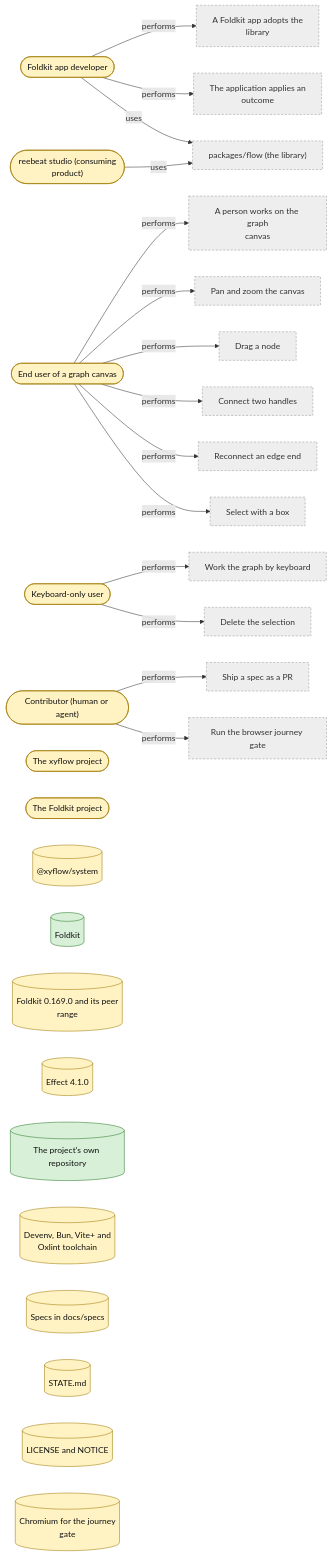
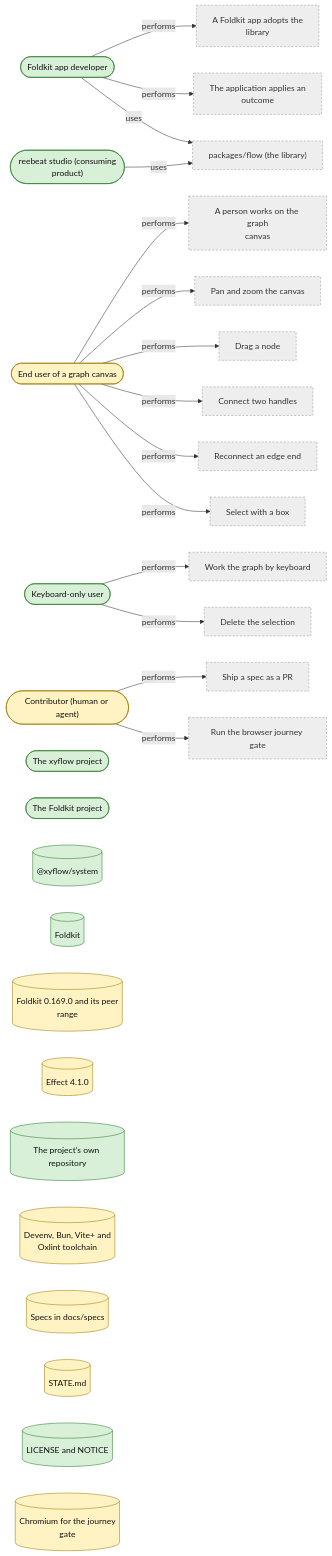
Before and after one commit to reebeat/.github: the fourth of 4 diagrams in docs/actors-and-resources.md, drawn with Mermaid. The commit also changed other lines of this file and 35 other files, not shown here.

````diff
--- a/docs/actors-and-resources.md
+++ b/docs/actors-and-resources.md
@@ -296,51 +296,51 @@
 ```mermaid
 flowchart LR
     classDef decided fill:#d8f0d8,stroke:#2d7a2d,color:#111
     classDef proposed fill:#fff3c4,stroke:#a07800,color:#111
     classDef open fill:#f8d7d7,stroke:#a02020,color:#111
     classDef outside fill:#eee,stroke:#999,color:#333,stroke-dasharray:4 3
-    actor_flow_app_developer(["Foldkit app developer"]):::proposed
-    actor_flow_studio(["reebeat studio (consuming<br/>product)"]):::proposed
+    actor_flow_app_developer(["Foldkit app developer"]):::decided
+    actor_flow_studio(["reebeat studio (consuming<br/>product)"]):::decided
     actor_flow_end_user(["End user of a graph canvas"]):::proposed
-    actor_flow_keyboard_user(["Keyboard-only user"]):::proposed
+    actor_flow_keyboard_user(["Keyboard-only user"]):::decided
     actor_flow_contributor(["Contributor (human or agent)"]):::proposed
-    actor_flow_xyflow(["The xyflow project"]):::proposed
-    actor_flow_foldkit_project(["The Foldkit project"]):::proposed
-    resource_flow_xyflow_system[("@xyflow/system")]:::proposed
+    actor_flow_xyflow(["The xyflow project"]):::decided
+    actor_flow_foldkit_project(["The Foldkit project"]):::decided
+    resource_flow_xyflow_system[("@xyflow/system")]:::decided
     resource_flow_foldkit[("Foldkit")]:::decided
     resource_flow_foldkit_pin[("Foldkit 0.169.0 and its peer<br/>range")]:::proposed
     resource_flow_effect[("Effect 4.1.0")]:::proposed
     resource_flow_repo[("The project's own repository")]:::decided
     resource_flow_toolchain[("Devenv, Bun, Vite+ and<br/>Oxlint toolchain")]:::proposed
     resource_flow_specs[("Specs in docs/specs")]:::proposed
     resource_flow_state_file[("STATE.md")]:::proposed
-    resource_flow_notice[("LICENSE and NOTICE")]:::proposed
+    resource_flow_notice[("LICENSE and NOTICE")]:::decided
     resource_flow_chromium[("Chromium for the journey<br/>gate")]:::proposed
     process_flow_adopt_library["A Foldkit app adopts the<br/>library"]:::outside
     process_flow_apply_outcome["The application applies an<br/>outcome"]:::outside
     comp_flow_library["packages/flow (the library)"]:::outside
     process_flow_use_canvas["A person works on the graph<br/>canvas"]:::outside
     process_flow_pan_zoom["Pan and zoom the canvas"]:::outside
     process_flow_drag_node["Drag a node"]:::outside
     process_flow_connect_handles["Connect two handles"]:::outside
     process_flow_reconnect_edge["Reconnect an edge end"]:::outside
     process_flow_box_select["Select with a box"]:::outside
     process_flow_keyboard_navigate["Work the graph by keyboard"]:::outside
     process_flow_delete_selection["Delete the selection"]:::outside
     process_flow_ship_spec["Ship a spec as a PR"]:::outside
     process_flow_run_journey_gate["Run the browser journey gate"]:::outside
     actor_flow_app_developer -->|performs| process_flow_adopt_library
     actor_flow_app_developer -->|performs| process_flow_apply_outcome
     actor_flow_app_developer -->|uses| comp_flow_library
     actor_flow_studio -->|uses| comp_flow_library
     actor_flow_end_user -->|performs| process_flow_use_canvas
     actor_flow_end_user -->|performs| process_flow_pan_zoom
     actor_flow_end_user -->|performs| process_flow_drag_node
     actor_flow_end_user -->|performs| process_flow_connect_handles
     actor_flow_end_user -->|performs| process_flow_reconnect_edge
     actor_flow_end_user -->|performs| process_flow_box_select
     actor_flow_keyboard_user -->|performs| process_flow_keyboard_navigate
     actor_flow_keyboard_user -->|performs| process_flow_delete_selection
     actor_flow_contributor -->|performs| process_flow_ship_spec
     actor_flow_contributor -->|performs| process_flow_run_journey_gate
 ```
````
